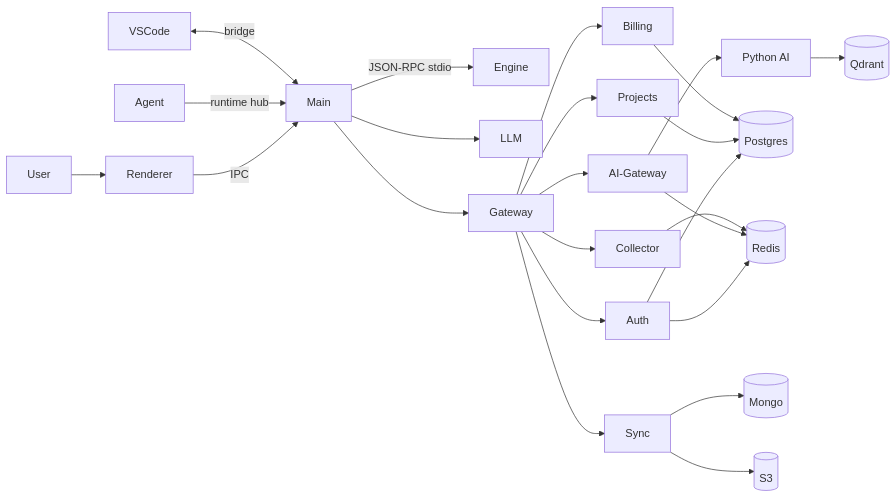
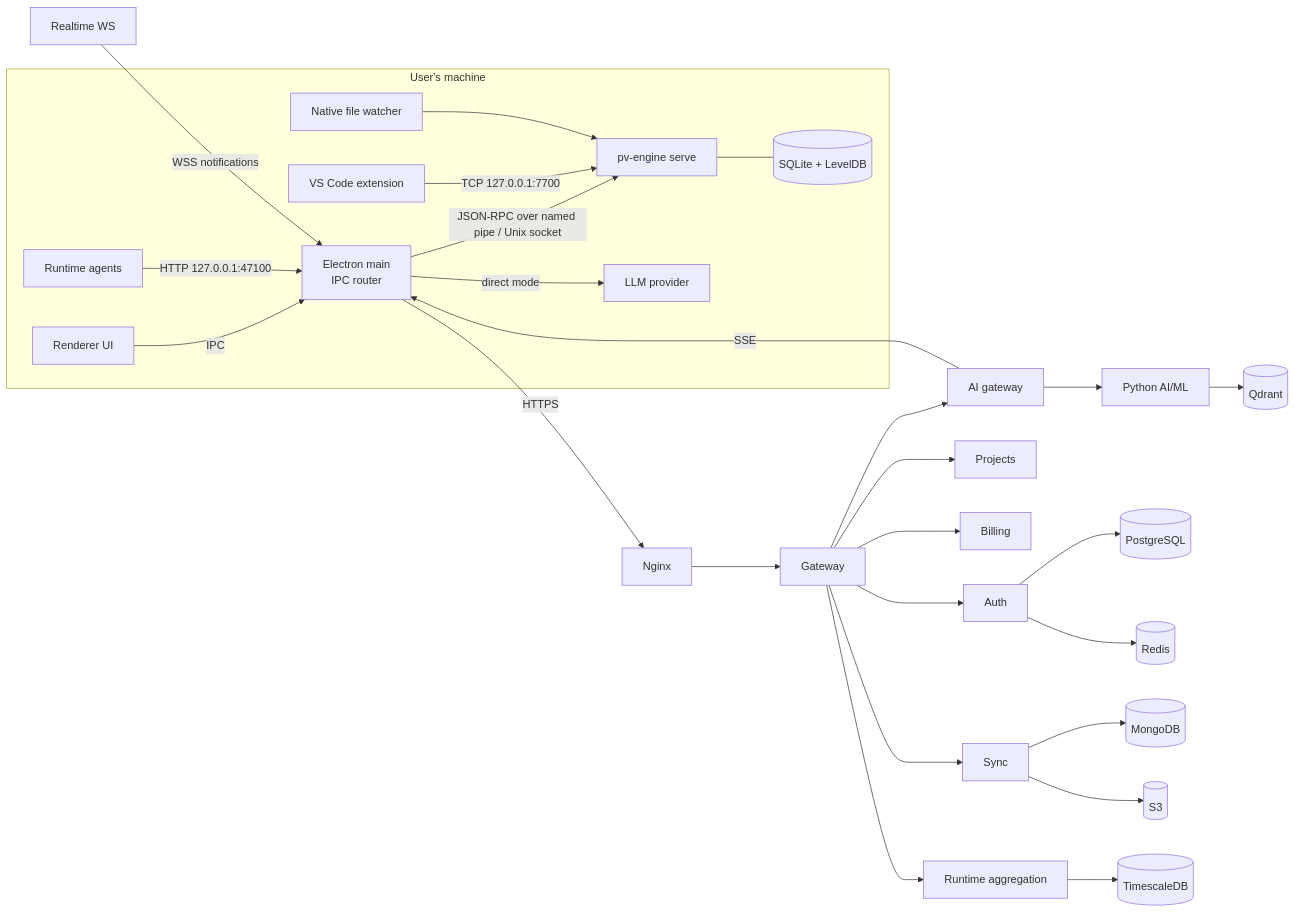
One commit to SwapnilGite1311/Project-Visualizer changed the diagram in docs/architecture/overview.md. Above: the diagram before and after it, drawn with Mermaid. The commit also changed other lines of this file and 10 other files, not shown here.

First line of the commit message:
P0-ARCH: architecture documents for the new client-server design

````diff
--- a/docs/architecture/overview.md
+++ b/docs/architecture/overview.md
@@ -23,26 +27,27 @@
 ```mermaid
 flowchart LR
-  User --> Renderer
-  Renderer -->|IPC| Main
-  Main -->|JSON-RPC stdio| Engine
-  Main --> LLM
-  Agent -->|runtime hub| Main
-  VSCode <-->|bridge| Main
-  Main --> Gateway
-  Gateway --> Auth
-  Gateway --> Projects
+  subgraph Desktop[User's machine]
+    UI[Renderer UI] -->|IPC| Main[Electron main\nIPC router]
+    Main -->|JSON-RPC over named pipe / Unix socket| Engine[pv-engine serve]
+    VSCode[VS Code extension] -->|TCP 127.0.0.1:7700| Engine
+    Agent[Runtime agents] -->|HTTP 127.0.0.1:47100| Main
+    Engine --- Cache[(SQLite + LevelDB)]
+    Watcher[Native file watcher] --> Engine
+    Main -->|direct mode| LLM[LLM provider]
+  end
+  Main -->|HTTPS| Nginx
+  Nginx --> Gateway
+  Gateway --> Auth & Projects & Billing
   Gateway --> Sync
-  Gateway --> AIGateway[AI-Gateway]
-  AIGateway --> PythonAI[Python AI]
-  Gateway --> Collector
-  Gateway --> Billing
-  Auth --> Postgres[(Postgres)]
-  Projects --> Postgres
+  Gateway --> AIGW[AI gateway]
+  Gateway --> RTAgg[Runtime aggregation]
+  Realtime[Realtime WS] -->|WSS notifications| Main
+  AIGW -->|SSE| Main
+  AIGW --> PyAI[Python AI/ML]
+  Auth --> Postgres[(PostgreSQL)]
   Auth --> Redis[(Redis)]
-  Sync --> Mongo[(Mongo)]
+  Sync --> Mongo[(MongoDB)]
   Sync --> S3[(S3)]
-  AIGateway --> Redis
-  PythonAI --> Qdrant[(Qdrant)]
-  Billing --> Postgres
-  Collector --> Redis
+  RTAgg --> TSDB[(TimescaleDB)]
+  PyAI --> Qdrant[(Qdrant)]
 ```
````
